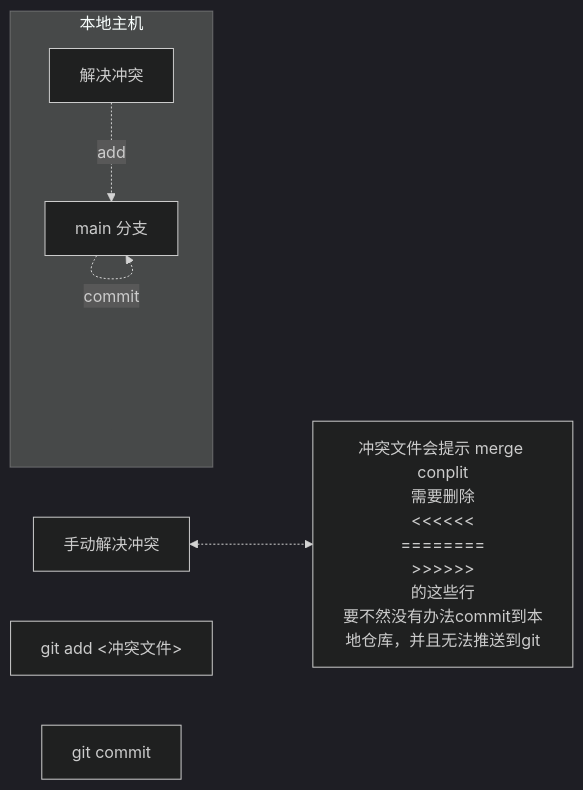
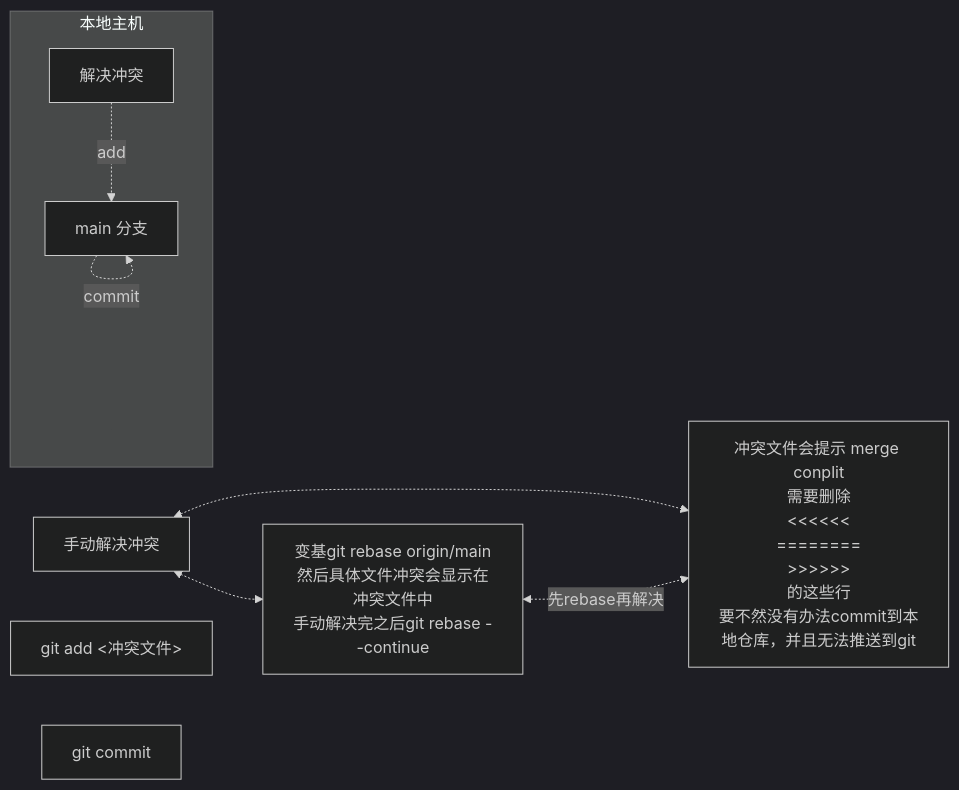
Diagram 13 of 14 in Notes/LinuxBase/2024-05-07-Git如何使用.md (xor218/xor218.github.io), drawn with Mermaid (dark theme) before and after one commit.

Commit message:
添加git中的一些不一致的冲突解决方式

````diff
--- a/Notes/LinuxBase/2024-05-07-Git如何使用.md
+++ b/Notes/LinuxBase/2024-05-07-Git如何使用.md
@@ -258,27 +258,35 @@
 ```mermaid
 flowchart LR
 
 note <-..-> conflits
-
+note <-.-> rebase
+rebase <-.先rebase再解决.-> conflits
 
 ConflictResolved -.add.-> LocalMainFork
 LocalMainFork -.commit.-> LocalMainFork
 
 subgraph 本地主机
     ConflictResolved["解决冲突"]
     LocalMainFork["main 分支"]
 end
 
 note["手动解决冲突"]
 note2["git add <冲突文件>"]
 note3["git commit"]
 
 conflits[冲突文件会提示 merge conplit
 需要删除
 <<<<<<
 ========
 >>>>>>
 的这些行
 要不然没有办法commit到本地仓库，并且无法推送到git
 ]
+
+rebase[变基git rebase origin/main
+然后具体文件冲突会显示在冲突文件中
+手动解决完之后git rebase --continue
+]
+
+
 ```
````
